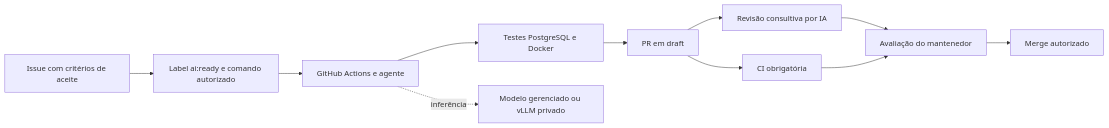
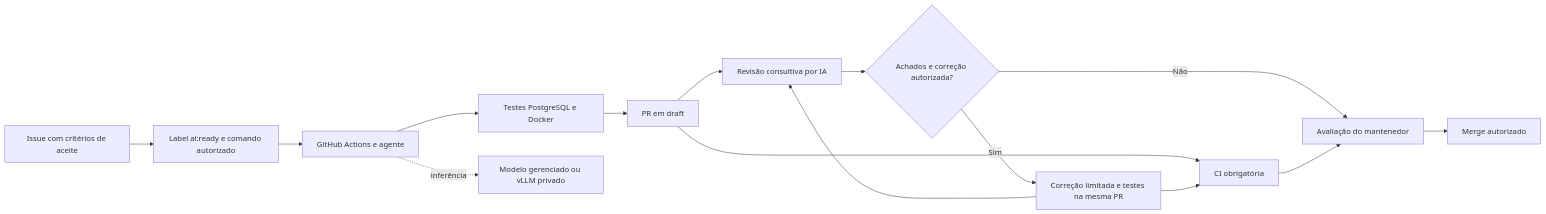
The diagram in README.md (lucasnscr/issue-to-pr-ai), drawn with Mermaid before and after one commit. The commit also changed other lines of this file and 24 other files, not shown here.

````diff
--- a/README.md
+++ b/README.md
@@ -14,13 +14,17 @@
 ```mermaid
 flowchart LR
   I[Issue com critérios de aceite] --> G[Label ai:ready e comando autorizado]
   G --> A[GitHub Actions e agente]
   A --> C[Testes PostgreSQL e Docker]
   C --> P[PR em draft]
   P --> R[Revisão consultiva por IA]
   P --> K[CI obrigatória]
-  R --> H[Avaliação do mantenedor]
+  R --> F{Achados e correção autorizada?}
+  F -- Sim --> E[Correção limitada e testes na mesma PR]
+  F -- Não --> H[Avaliação do mantenedor]
+  E --> R
+  E --> K
   K --> H
   H --> M[Merge autorizado]
   A -. inferência .-> L[Modelo gerenciado ou vLLM privado]
 ```
````
